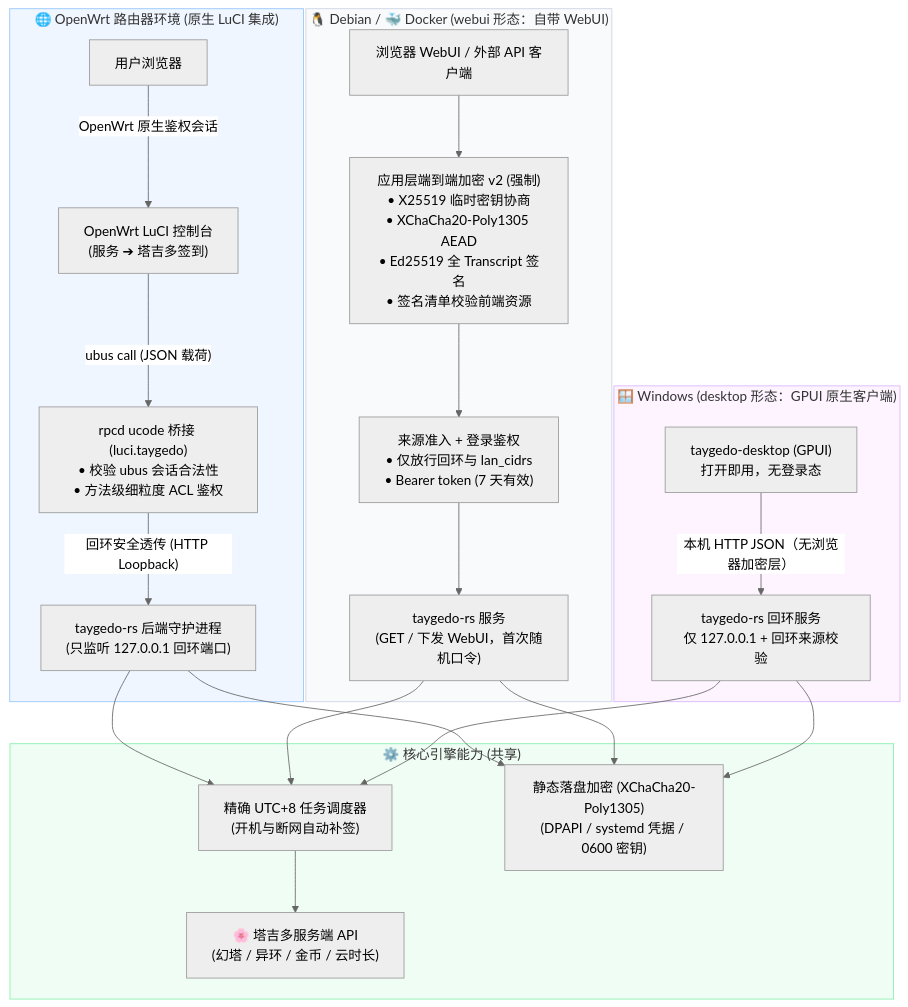
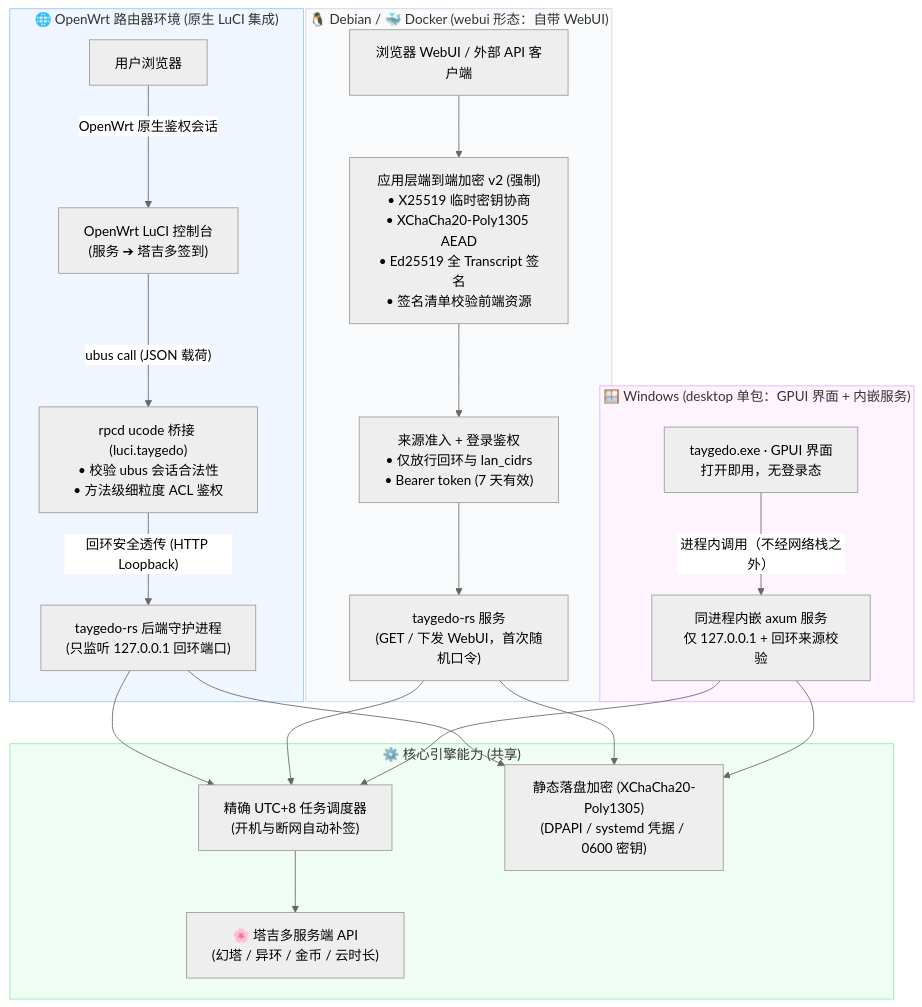
Before and after one commit to LianXia233/taygedo-CI: the diagram in README.md, drawn with Mermaid (neutral theme). The commit also changed other lines of this file and 20 other files, not shown here.

````diff
--- a/README.md
+++ b/README.md
@@ -93,47 +95,47 @@
 ```mermaid
 flowchart TD
     subgraph OpenWrtTrack["🌐 OpenWrt 路由器环境 (原生 LuCI 集成)"]
         CLIENT_OW["用户浏览器"]
         LUCI["OpenWrt LuCI 控制台<br/>(服务 ➔ 塔吉多签到)"]
         RPCD["rpcd ucode 桥接 (luci.taygedo)<br/>• 校验 ubus 会话合法性<br/>• 方法级细粒度 ACL 鉴权"]
         CORE_OW["taygedo-rs 后端守护进程<br/>(只监听 127.0.0.1 回环端口)"]
 
         CLIENT_OW -->|"OpenWrt 原生鉴权会话"| LUCI
         LUCI -->|"ubus call (JSON 载荷)"| RPCD
         RPCD -->|"回环安全透传 (HTTP Loopback)"| CORE_OW
     end
 
-    subgraph DesktopTrack["🪟 Windows (desktop 形态：GPUI 原生客户端)"]
-        CLIENT_DT["taygedo-desktop (GPUI)<br/>打开即用，无登录态"]
-        CORE_DT["taygedo-rs 回环服务<br/>仅 127.0.0.1 + 回环来源校验"]
-        CLIENT_DT -->|"本机 HTTP JSON（无浏览器加密层）"| CORE_DT
+    subgraph DesktopTrack["🪟 Windows (desktop 单包：GPUI 界面 + 内嵌服务)"]
+        CLIENT_DT["taygedo.exe · GPUI 界面<br/>打开即用，无登录态"]
+        CORE_DT["同进程内嵌 axum 服务<br/>仅 127.0.0.1 + 回环来源校验"]
+        CLIENT_DT -->|"进程内调用（不经网络栈之外）"| CORE_DT
     end
 
     subgraph StandaloneTrack["🐧 Debian / 🐳 Docker (webui 形态：自带 WebUI)"]
         CLIENT_ST["浏览器 WebUI / 外部 API 客户端"]
         ENVELOPE["应用层端到端加密 v2 (强制)<br/>• X25519 临时密钥协商<br/>• XChaCha20-Poly1305 AEAD<br/>• Ed25519 全 Transcript 签名<br/>• 签名清单校验前端资源"]
         FIREWALL["来源准入 + 登录鉴权<br/>• 仅放行回环与 lan_cidrs<br/>• Bearer token (7 天有效)"]
         CORE_ST["taygedo-rs 服务<br/>(GET / 下发 WebUI，首次随机口令)"]
 
         CLIENT_ST --> ENVELOPE --> FIREWALL --> CORE_ST
     end
 
     subgraph BackendCore["⚙️ 核心引擎能力 (共享)"]
         SCHED["精确 UTC+8 任务调度器<br/>(开机与断网自动补签)"]
         CRYPTO["静态落盘加密 (XChaCha20-Poly1305)<br/>(DPAPI / systemd 凭据 / 0600 密钥)"]
         TAYGEDO_API["🌸 塔吉多服务端 API<br/>(幻塔 / 异环 / 金币 / 云时长)"]
 
         CORE_OW --> SCHED
         CORE_OW --> CRYPTO
         CORE_ST --> SCHED
         CORE_ST --> CRYPTO
         CORE_DT --> SCHED
         CORE_DT --> CRYPTO
         SCHED --> TAYGEDO_API
     end
 
     style OpenWrtTrack fill:#eff6ff,stroke:#93c5fd,stroke-width:1px
     style DesktopTrack fill:#fdf4ff,stroke:#d8b4fe,stroke-width:1px
     style StandaloneTrack fill:#f8fafc,stroke:#cbd5e1,stroke-width:1px
     style BackendCore fill:#f0fdf4,stroke:#86efac,stroke-width:1px
 ```
````
